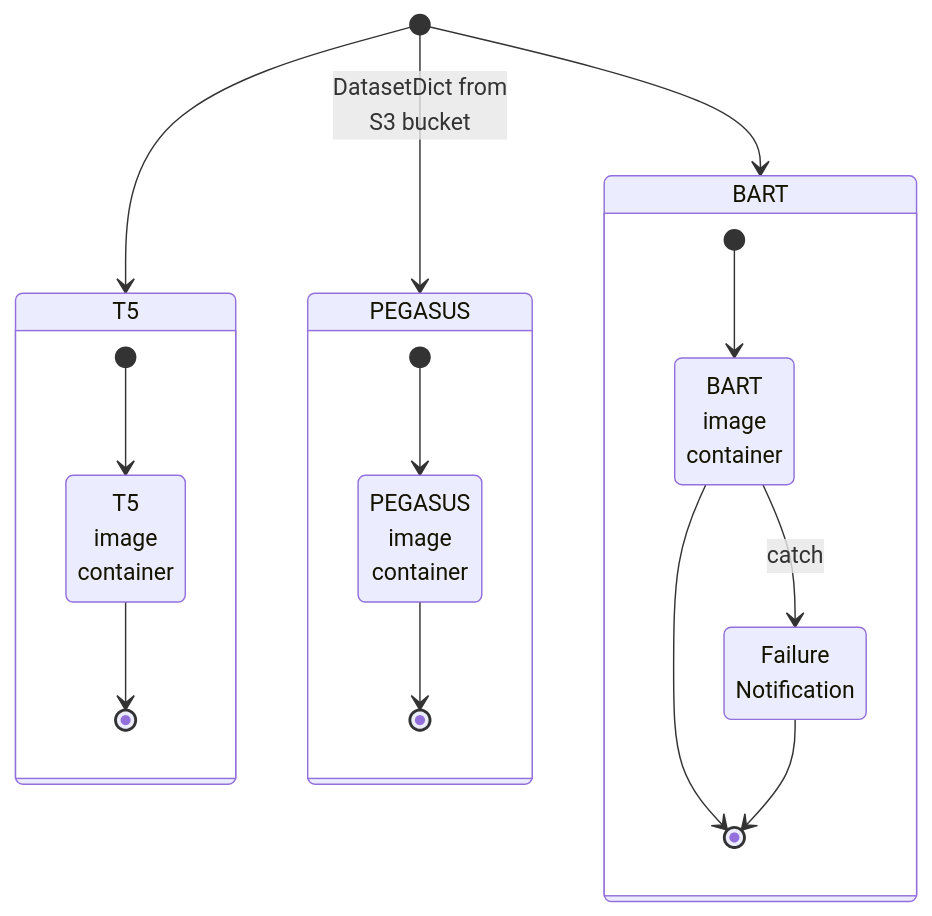
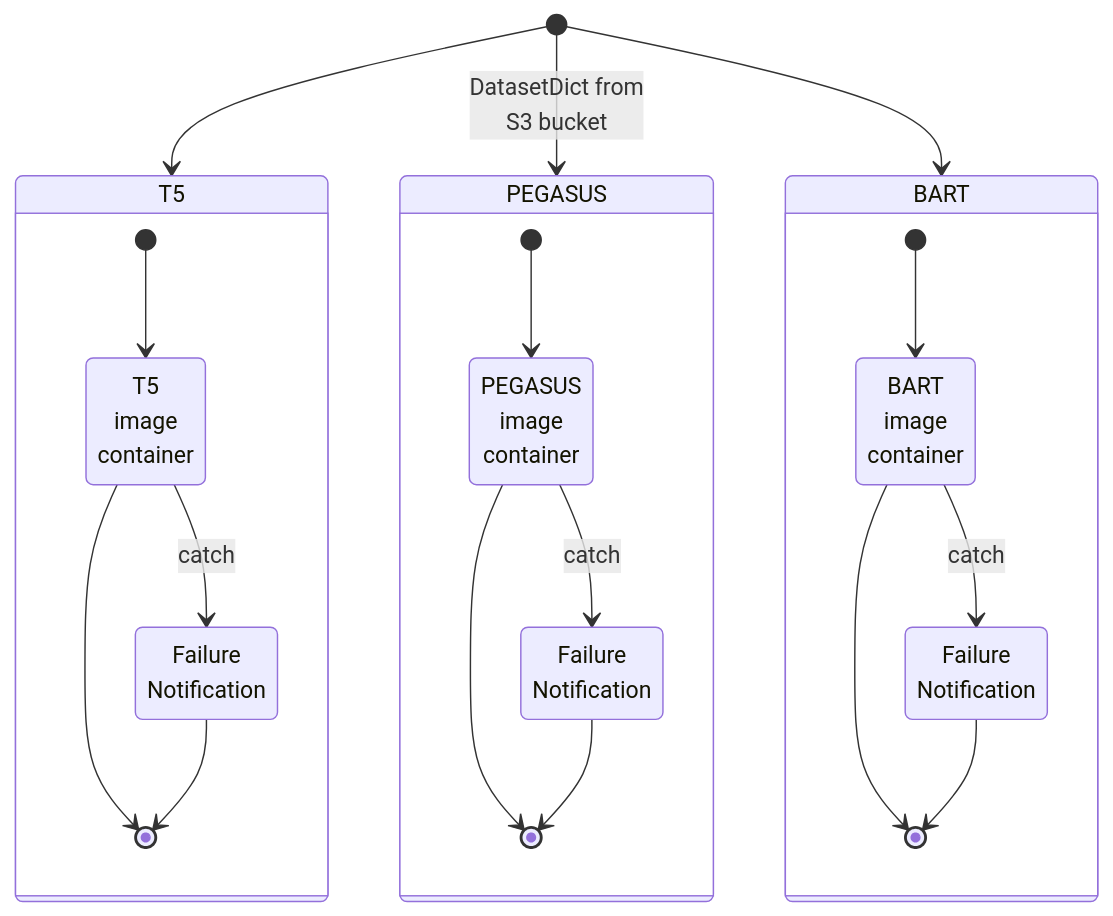
The second of 2 diagrams in src/06-nonfunctional/architectures/system.md (antecedents/abstracts), drawn with Mermaid before and after one commit.

````diff
--- a/src/06-nonfunctional/architectures/system.md
+++ b/src/06-nonfunctional/architectures/system.md
@@ -30,27 +30,33 @@
 ```mermaid
 stateDiagram-v2
   
   id1: T5<br>image<br>container
   id2: PEGASUS<br>image<br>container
   id3: BART<br>image<br>container
+  id4: Failure<br>Notification
+  id5: Failure<br>Notification
   id6: Failure<br>Notification
 
   [*] --> T5
   [*] --> PEGASUS: DatasetDict from<br>S3 bucket
   [*] --> BART
   
   state T5 {
     [*] --> id1
+    id1 --> id4: catch
     id1 --> [*]
+    id4 --> [*]
   }
   state PEGASUS {
     [*] --> id2
+    id2 --> id5: catch
     id2 --> [*]
+    id5 --> [*]
   }
   state BART {
     [*] --> id3
     id3 --> id6: catch
     id3 --> [*]
     id6 --> [*]
   }
 ```
````
